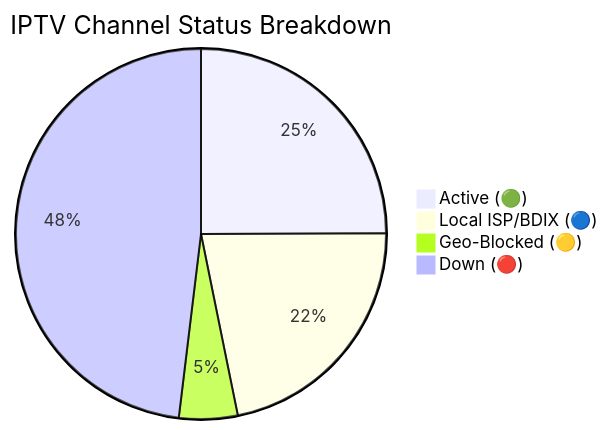
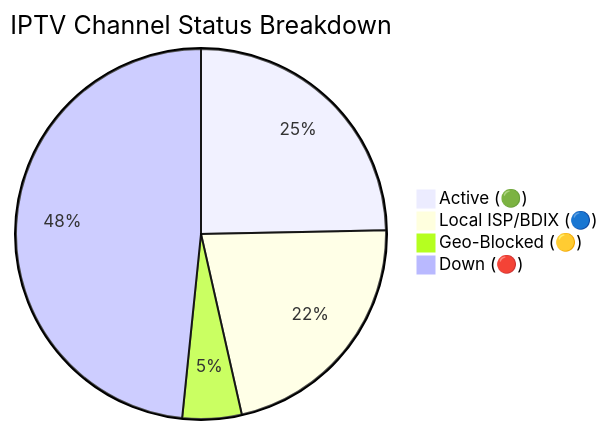
Before and after one commit to Zaman-Topu/Ip-tv-Collection: the diagram in README.md, drawn with Mermaid. The commit also changed other lines of this file and 6 other files, not shown here.

````diff
--- a/README.md
+++ b/README.md
@@ -96,7 +96,7 @@
 ```mermaid
 pie title IPTV Channel Status Breakdown
-    "Active (🟢)" : 10223
+    "Active (🟢)" : 10158
     "Local ISP/BDIX (🔵)" : 8961
-    "Geo-Blocked (🟡)" : 2092
-    "Down (🔴)" : 19705
+    "Geo-Blocked (🟡)" : 2126
+    "Down (🔴)" : 19907
 ```
````
